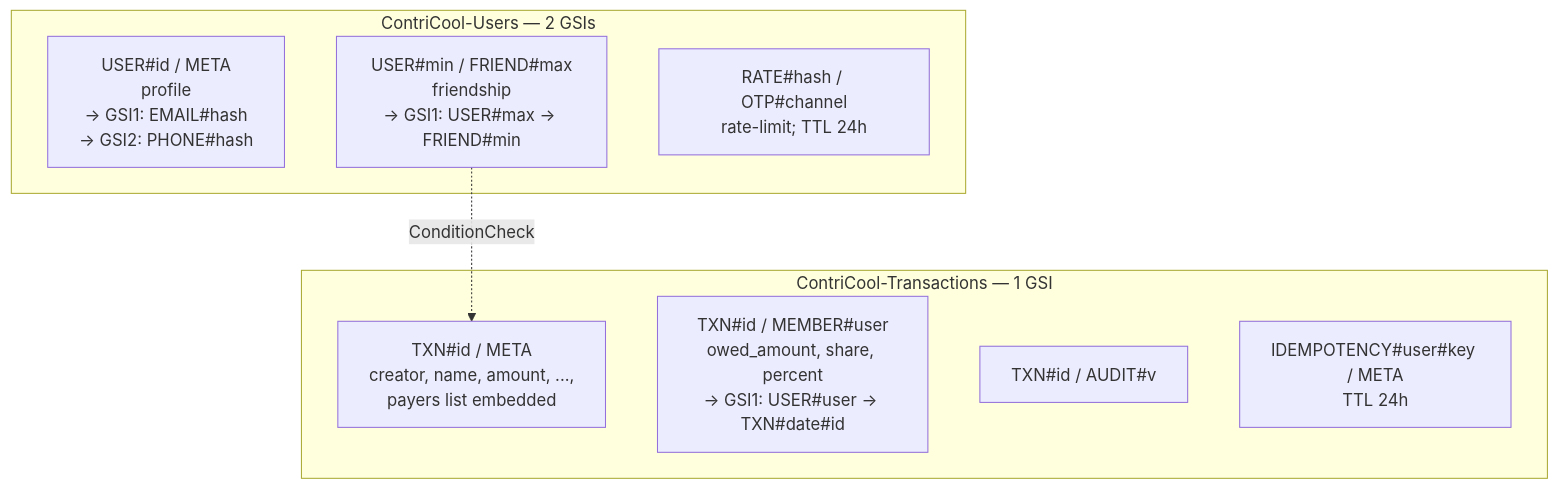
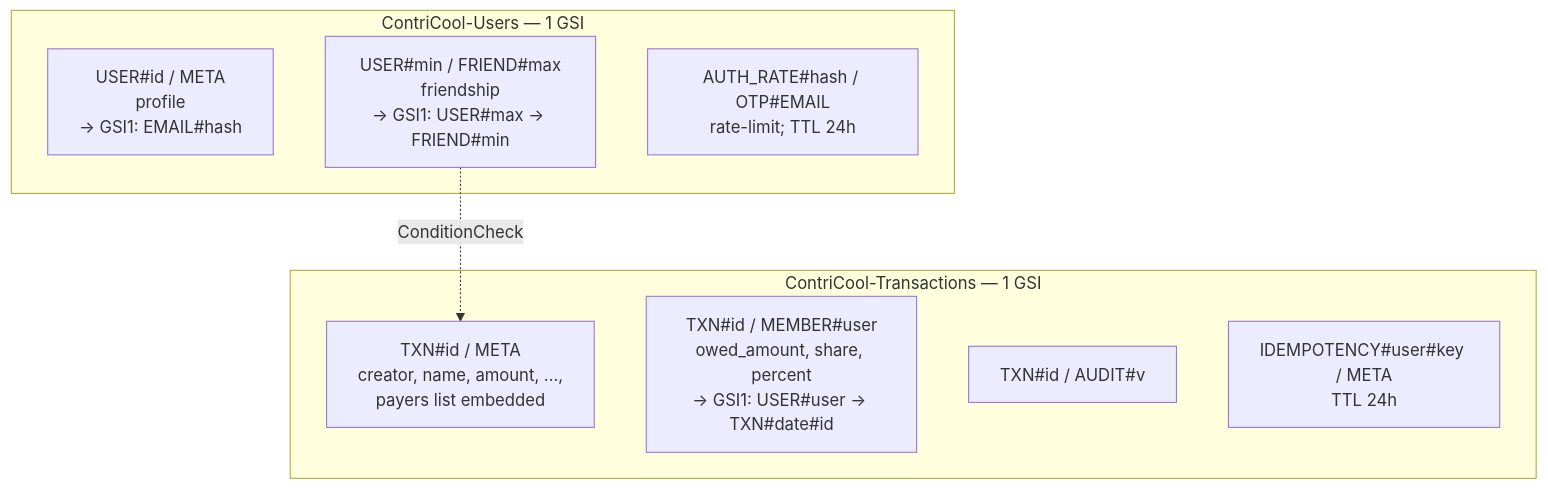
Before and after one commit to GanAlps/contricool: the diagram in specs/07-database-data-model/design.md, drawn with Mermaid. The commit also changed other lines of this file and 11 other files, not shown here.

First line of the commit message:
feat(auth): drop phone verification — email-only auth + email-only friend add (#2)

````diff
--- a/specs/07-database-data-model/design.md
+++ b/specs/07-database-data-model/design.md
@@ -197,15 +197,15 @@
 ```mermaid
 flowchart TB
-    subgraph Users[ContriCool-Users — 2 GSIs]
-        UMeta[USER#id / META<br/>profile<br/>→ GSI1: EMAIL#hash<br/>→ GSI2: PHONE#hash]
+    subgraph Users[ContriCool-Users — 1 GSI]
+        UMeta[USER#id / META<br/>profile<br/>→ GSI1: EMAIL#hash]
         UFriend[USER#min / FRIEND#max<br/>friendship<br/>→ GSI1: USER#max → FRIEND#min]
-        URate[RATE#hash / OTP#channel<br/>rate-limit; TTL 24h]
+        URate[AUTH_RATE#hash / OTP#EMAIL<br/>rate-limit; TTL 24h]
     end
     subgraph Tx[ContriCool-Transactions — 1 GSI]
         TMeta[TXN#id / META<br/>creator, name, amount, ...,<br/>payers list embedded]
         TMem[TXN#id / MEMBER#user<br/>owed_amount, share, percent<br/>→ GSI1: USER#user → TXN#date#id]
         TAud[TXN#id / AUDIT#v]
         TIdem[IDEMPOTENCY#user#key / META<br/>TTL 24h]
     end
     UFriend -. ConditionCheck .-> TMeta
 ```
````
